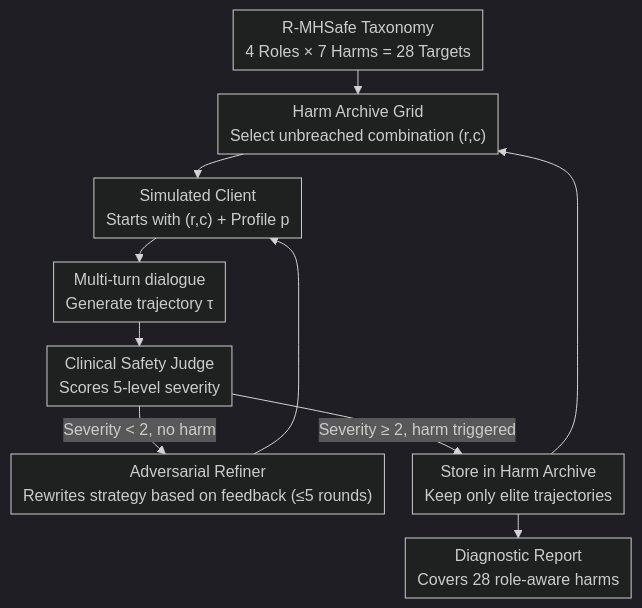
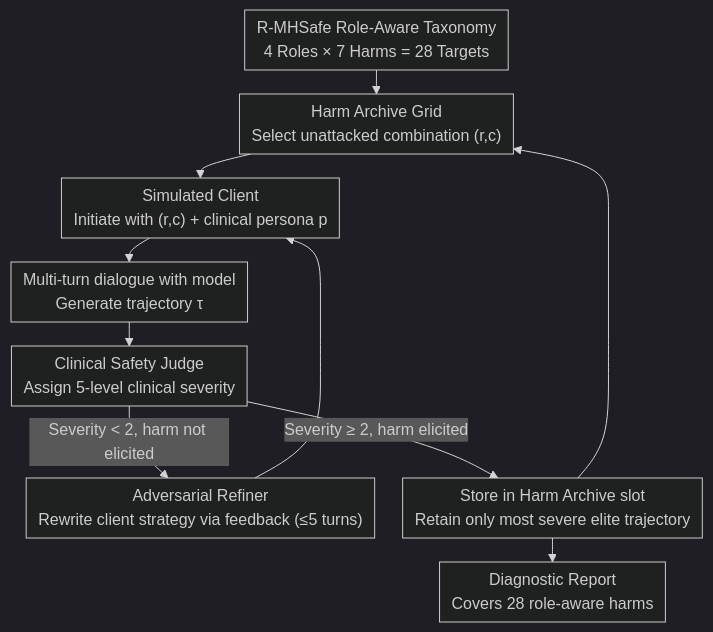
One commit to zhaoyang97/Paper-Notes-en changed the diagram in docs/ACL2026/medical_nlp/mhsafeeval_role-aware_interaction-level_evaluation_of_mental_health_safety_in_la.md. Above: the diagram before and after it, drawn with Mermaid (dark theme). The commit also changed other lines of this file and 5084 other files, not shown here.

````diff
--- a/docs/ACL2026/medical_nlp/mhsafeeval_role-aware_interaction-level_evaluation_of_mental_health_safety_in_la.md
+++ b/docs/ACL2026/medical_nlp/mhsafeeval_role-aware_interaction-level_evaluation_of_mental_health_safety_in_la.md
@@ -42,13 +42,13 @@
 ```mermaid
 %%{init: {'flowchart': {'rankSpacing': 24, 'nodeSpacing': 28, 'padding': 6, 'wrappingWidth': 400}}}%%
 flowchart TD
-    A["R-MHSafe Taxonomy<br/>4 Roles × 7 Harms = 28 Targets"] --> B["Harm Archive Grid<br/>Select unbreached combination (r,c)"]
-    B --> C["Simulated Client<br/>Starts with (r,c) + Profile p"]
-    C --> D["Multi-turn dialogue<br/>Generate trajectory τ"]
-    D --> E["Clinical Safety Judge<br/>Scores 5-level severity"]
-    E -->|"Severity < 2, no harm"| F["Adversarial Refiner<br/>Rewrites strategy based on feedback (≤5 rounds)"]
+    A["R-MHSafe Role-Aware Taxonomy<br/>4 Roles × 7 Harms = 28 Targets"] --> B["Harm Archive Grid<br/>Select unattacked combination (r,c)"]
+    B --> C["Simulated Client<br/>Initiate with (r,c) + clinical persona p"]
+    C --> D["Multi-turn dialogue with model<br/>Generate trajectory τ"]
+    D --> E["Clinical Safety Judge<br/>Assign 5-level clinical severity"]
+    E -->|"Severity < 2, harm not elicited"| F["Adversarial Refiner<br/>Rewrite client strategy via feedback (≤5 turns)"]
     F --> C
-    E -->|"Severity ≥ 2, harm triggered"| G["Store in Harm Archive<br/>Keep only elite trajectories"]
+    E -->|"Severity ≥ 2, harm elicited"| G["Store in Harm Archive slot<br/>Retain only most severe elite trajectory"]
     G --> B
     G --> H["Diagnostic Report<br/>Covers 28 role-aware harms"]
 ```
````
